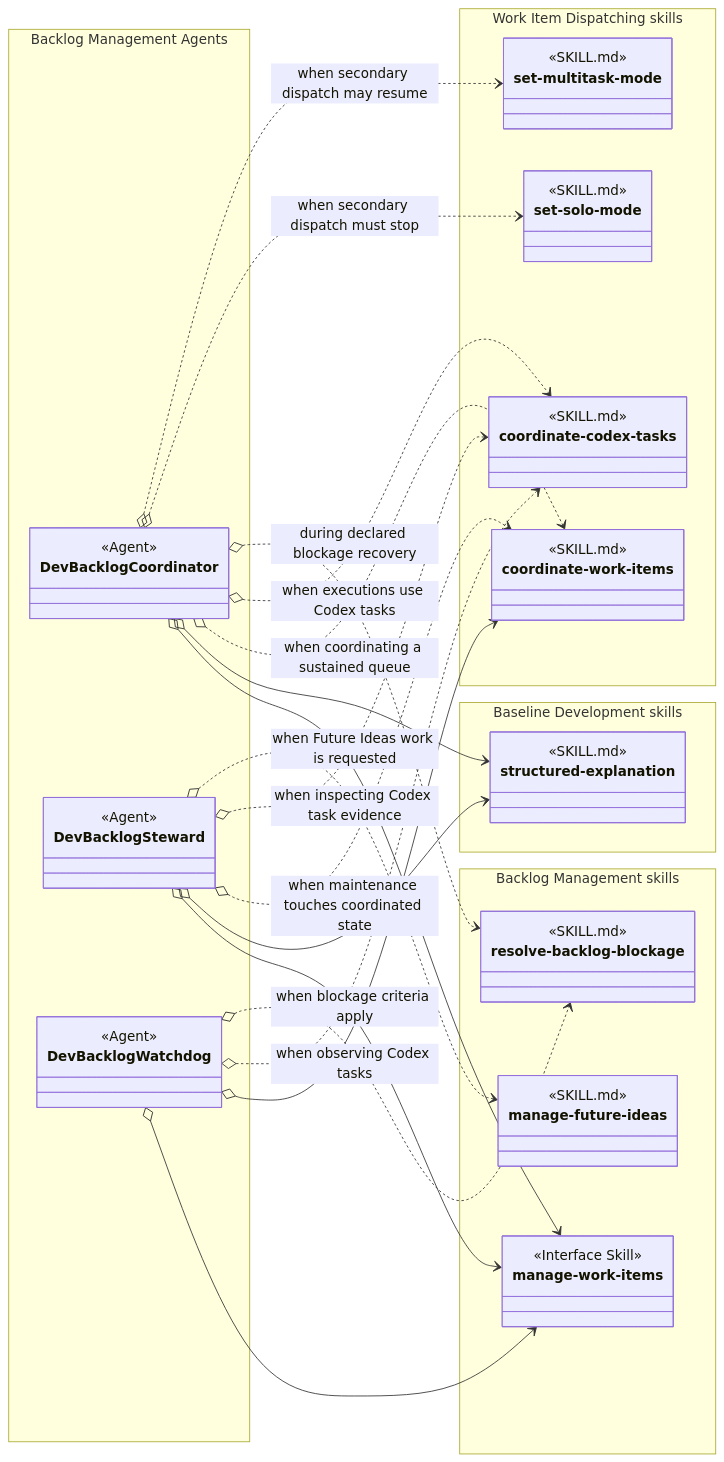
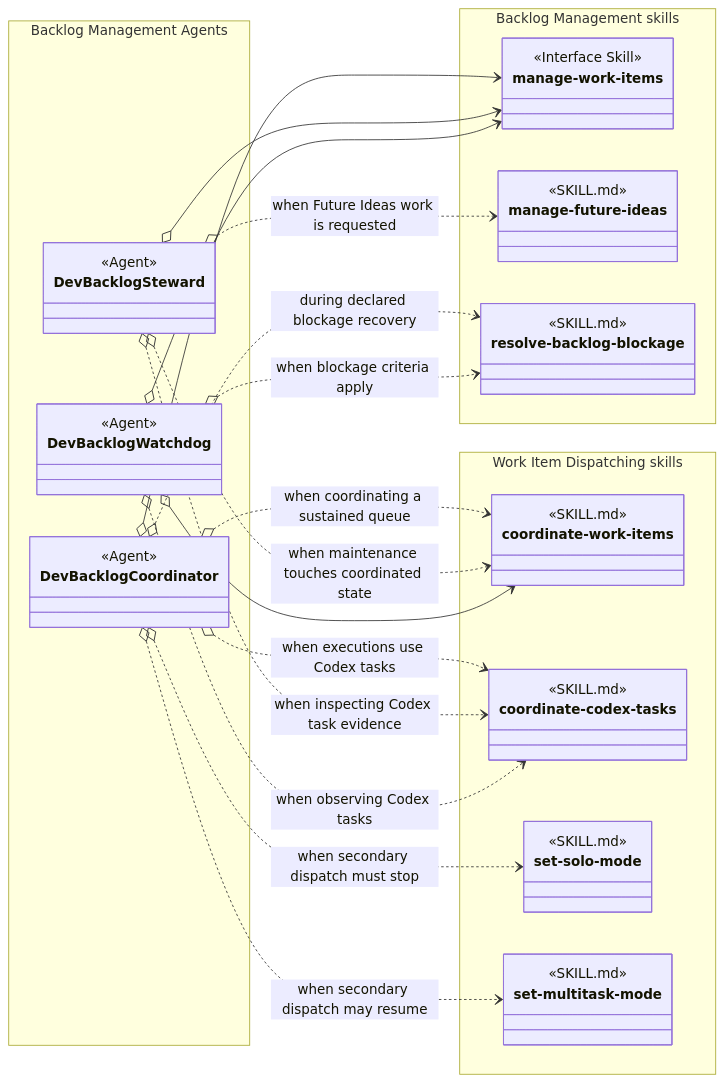
The third of 8 diagrams in design/agents/work-item-dispatching-and-delivery.md (martinbechard/dev-methodology), drawn with Mermaid before and after one commit. The commit also changed other lines of this file and 78 other files, not shown here.

````diff
--- a/design/agents/work-item-dispatching-and-delivery.md
+++ b/design/agents/work-item-dispatching-and-delivery.md
@@ -122,68 +124,60 @@
 ```mermaid
 classDiagram
     direction LR
 
     namespace BacklogManagementAgents["Backlog Management Agents"] {
         class DevBacklogCoordinator {
             <<Agent>>
         }
         class DevBacklogSteward {
             <<Agent>>
         }
         class DevBacklogWatchdog {
             <<Agent>>
         }
     }
 
     namespace BacklogManagementSkills["Backlog Management skills"] {
         class ManageWorkItems["manage-work-items"] {
             <<Interface Skill>>
         }
         class manage-future-ideas {
             <<SKILL.md>>
         }
         class resolve-backlog-blockage {
             <<SKILL.md>>
         }
     }
 
     namespace WorkItemDispatchingSkills["Work Item Dispatching skills"] {
         class coordinate-work-items {
             <<SKILL.md>>
         }
         class coordinate-codex-tasks {
             <<SKILL.md>>
         }
         class set-solo-mode {
             <<SKILL.md>>
         }
         class set-multitask-mode {
             <<SKILL.md>>
         }
     }
 
-    namespace BaselineDevelopmentSkills["Baseline Development skills"] {
-        class structured-explanation {
-            <<SKILL.md>>
-        }
-    }
-
     DevBacklogCoordinator o--> ManageWorkItems
-    DevBacklogCoordinator o--> structured-explanation
     DevBacklogCoordinator o..> coordinate-work-items : when coordinating a sustained queue
     DevBacklogCoordinator o..> coordinate-codex-tasks : when executions use Codex tasks
     DevBacklogCoordinator o..> resolve-backlog-blockage : during declared blockage recovery
     DevBacklogCoordinator o..> set-solo-mode : when secondary dispatch must stop
     DevBacklogCoordinator o..> set-multitask-mode : when secondary dispatch may resume
 
     DevBacklogSteward o--> ManageWorkItems
-    DevBacklogSteward o--> structured-explanation
     DevBacklogSteward o..> coordinate-work-items : when maintenance touches coordinated state
     DevBacklogSteward o..> coordinate-codex-tasks : when inspecting Codex task evidence
     DevBacklogSteward o..> manage-future-ideas : when Future Ideas work is requested
 
     DevBacklogWatchdog o--> ManageWorkItems
     DevBacklogWatchdog o--> coordinate-work-items
     DevBacklogWatchdog o..> coordinate-codex-tasks : when observing Codex tasks
     DevBacklogWatchdog o..> resolve-backlog-blockage : when blockage criteria apply
 ```
````
